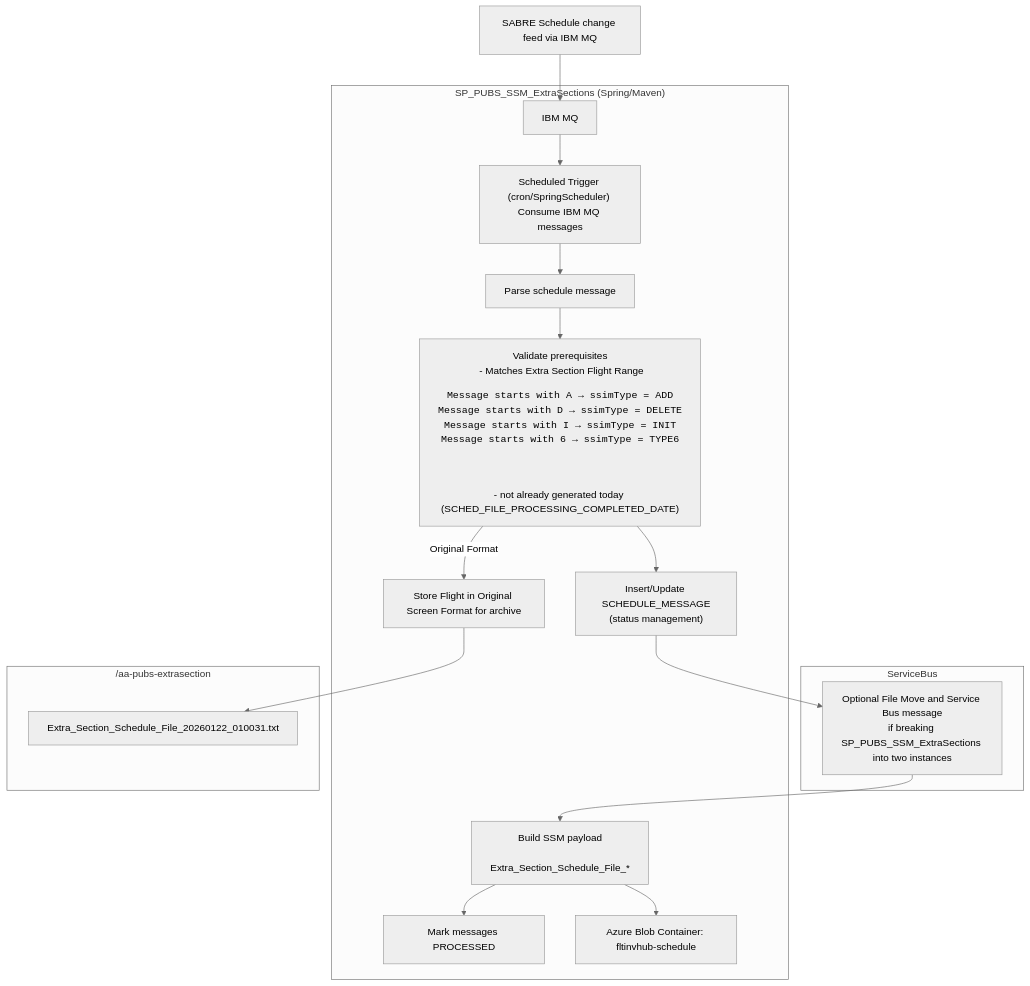
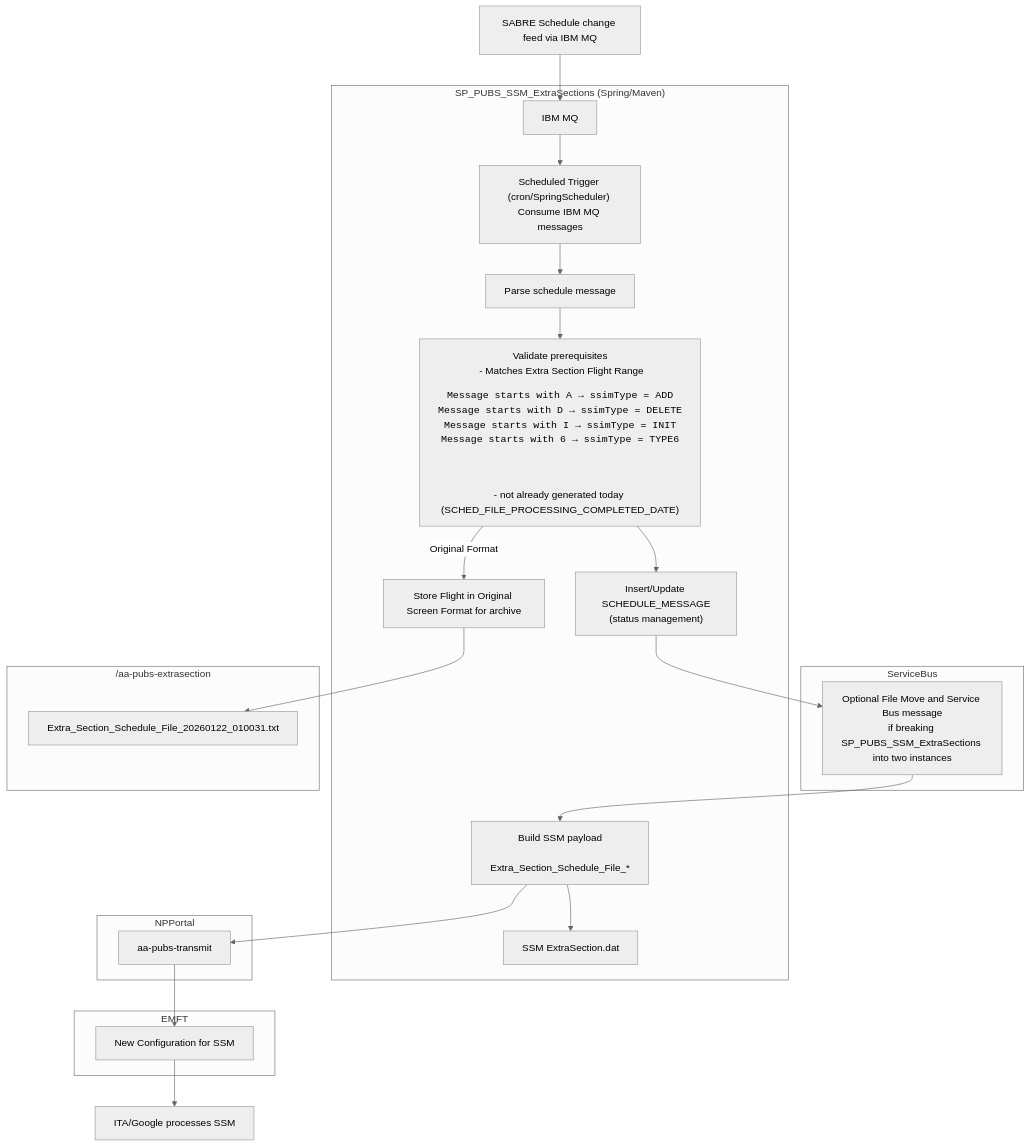
The diagram in README.md (GarrenBagley366/SP_PUBS_SSM_ExtraSections), drawn with Mermaid (neutral theme) before and after one commit.

Commit message:
Update README with new message bus configurations

````diff
--- a/README.md
+++ b/README.md
@@ -18,41 +18,57 @@
 ```mermaid
 flowchart TD
   %% Sources
   SABRE["SABRE Schedule change feed via IBM MQ"] --> MQ["IBM MQ"]
 
   %% Generator
   subgraph GEN["SP_PUBS_SSM_ExtraSections (Spring/Maven)"]
     MQ --> G1["Scheduled Trigger (cron/SpringScheduler) Consume IBM MQ messages"]
     G1 --> G2["Parse schedule message"]
     click G2 href "https://github.com/AAInternal/FltInvhub_Schedule_FileProcessor/wiki/File-Processor-Business-Rules"
 G2 --> G2A["Validate prerequisites<br/> - Matches Extra Section Flight Range
 <pre>
 Message starts with A → ssimType = ADD
 Message starts with D → ssimType = DELETE
 Message starts with I → ssimType = INIT
 Message starts with 6 → ssimType = TYPE6
 </pre><br/>
 - not already generated today (SCHED_FILE_PROCESSING_COMPLETED_DATE)<br/>"]
     G2A --> G3["Insert/Update SCHEDULE_MESSAGE<br/>(status management)"]
     G2A -->|Original Format| G4["Store Flight in Original Screen Format for archive<br/>"]
     
      G8["Build SSM payload<br/> Extra_Section_Schedule_File_*"]
-    G8 --> G9["Mark messages PROCESSED"]
-    G8 --> BLOB_IN["Azure Blob Container: fltinvhub-schedule"]
+    G8 --> SSMPAYLOAD["SSM ExtraSection.dat"]
   end
 
   %% Message Bus
   subgraph ServiceBus
     SB["Optional File Move and Service Bus message<br>if breaking SP_PUBS_SSM_ExtraSections into two instances "]
   end
 
   subgraph DIR["/aa-pubs-extrasection"]
     FA["Extra_Section_Schedule_File_20260122_010031.txt"]
   end
 
+  %% Message Bus
+  subgraph NPPortal
+    FT["aa-pubs-transmit"]
+  end
+
+  %% Consumer Application Nodes
+  subgraph EMFT
+    C1["New Configuration for SSM"]
+
+  end
+
+  %% External system
+  EXT["ITA/Google processes SSM"]
+
   %% Edges
   G3 --> SB
   G4 --> FA
   SB --> G8
+  G8 --> FT
+  FT --> C1
+  C1 --> EXT
 
 ```
````
